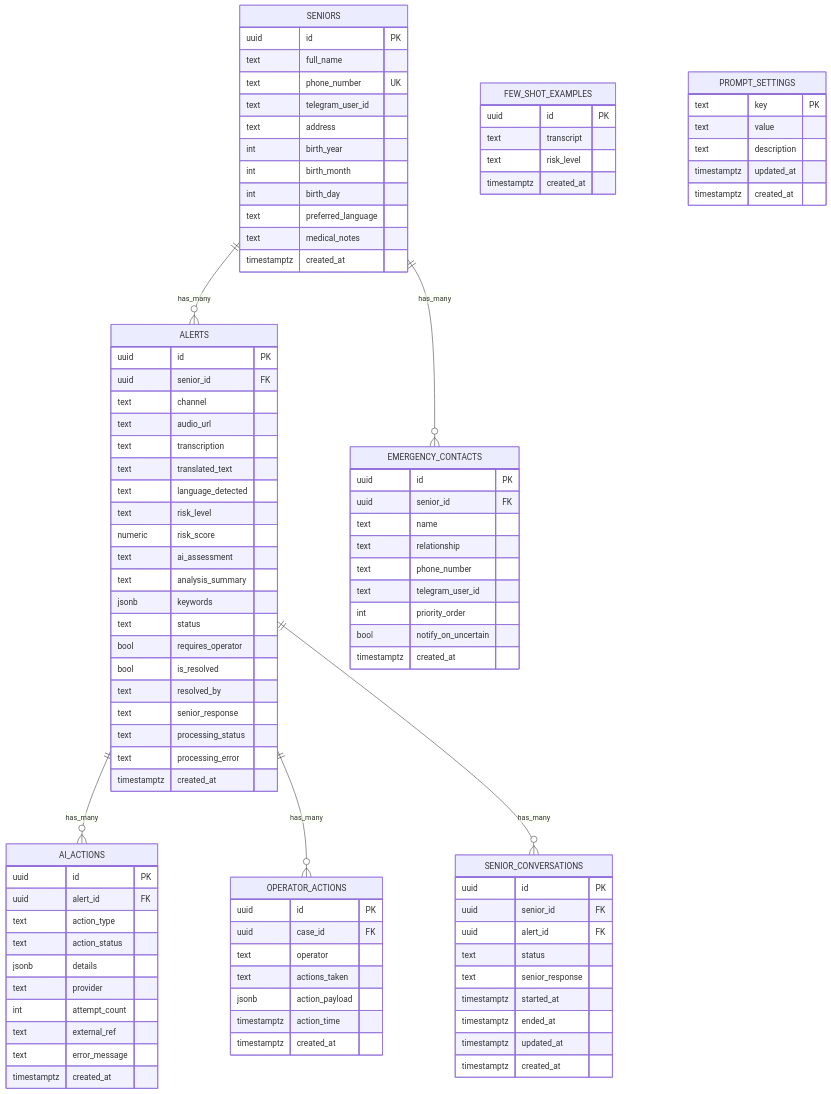
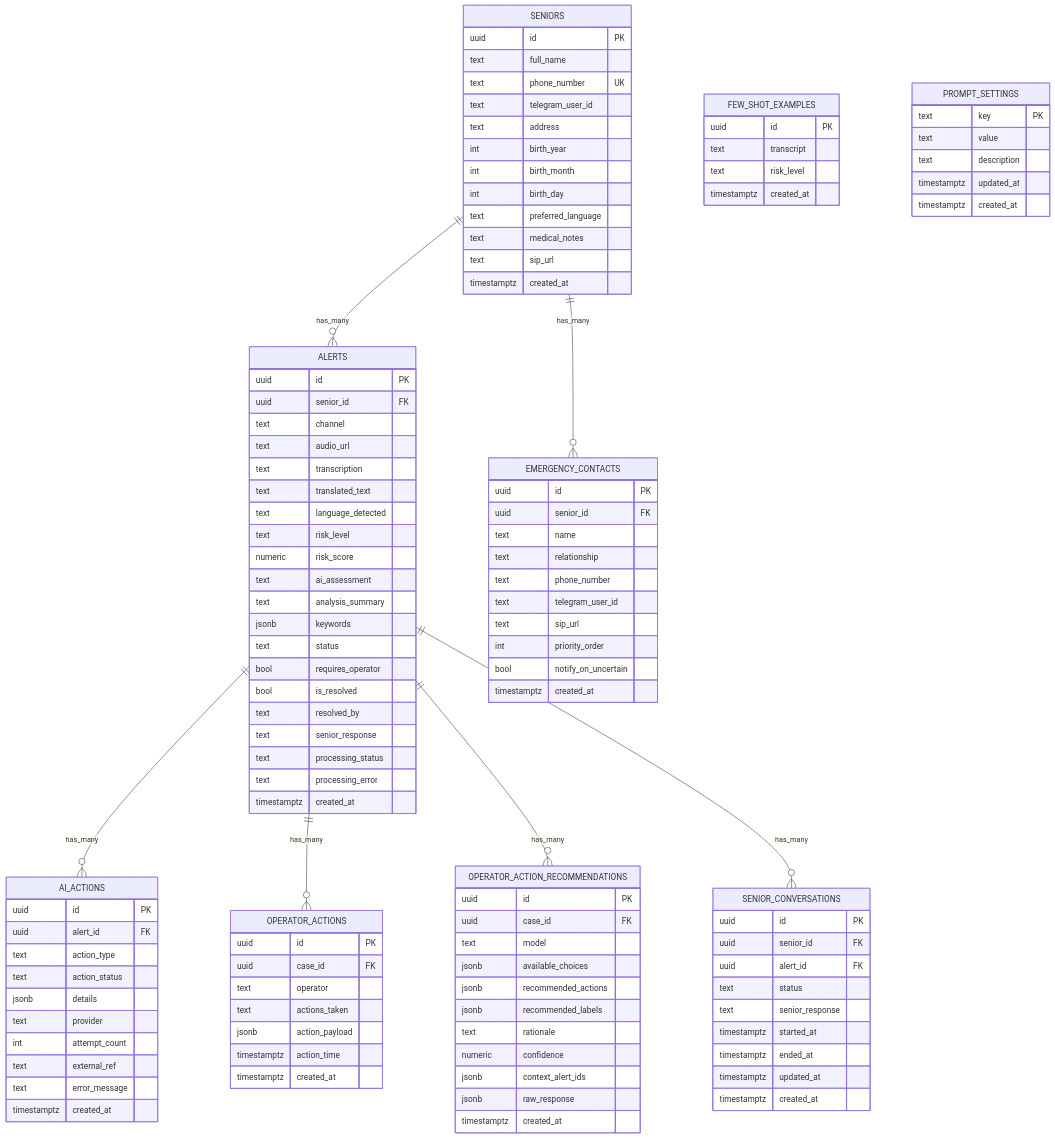
The third of 3 diagrams in flowchart.md (brucewzj99/PersonalAlertPlus), drawn with Mermaid before and after one commit. The commit also changed other lines of this file and 25 other files, not shown here.

```diff
--- a/flowchart.md
+++ b/flowchart.md
@@ -189,6 +203,7 @@
     SENIORS ||--o{ EMERGENCY_CONTACTS : has_many
     ALERTS ||--o{ AI_ACTIONS : has_many
     ALERTS ||--o{ OPERATOR_ACTIONS : has_many
+    ALERTS ||--o{ OPERATOR_ACTION_RECOMMENDATIONS : has_many
     ALERTS ||--o{ SENIOR_CONVERSATIONS : has_many
 
     SENIORS {
@@ -202,6 +217,7 @@
         int birth_day
         text preferred_language
         text medical_notes
+        text sip_url
         timestamptz created_at
     }
 
@@ -212,6 +228,7 @@
         text relationship
         text phone_number
         text telegram_user_id
+        text sip_url
         int priority_order
         bool notify_on_uncertain
         timestamptz created_at
@@ -263,6 +280,20 @@
         timestamptz created_at
     }
 
+    OPERATOR_ACTION_RECOMMENDATIONS {
+        uuid id PK
+        uuid case_id FK
+        text model
+        jsonb available_choices
+        jsonb recommended_actions
+        jsonb recommended_labels
+        text rationale
+        numeric confidence
+        jsonb context_alert_ids
+        jsonb raw_response
+        timestamptz created_at
+    }
+
     SENIOR_CONVERSATIONS {
         uuid id PK
         uuid senior_id FK
```
